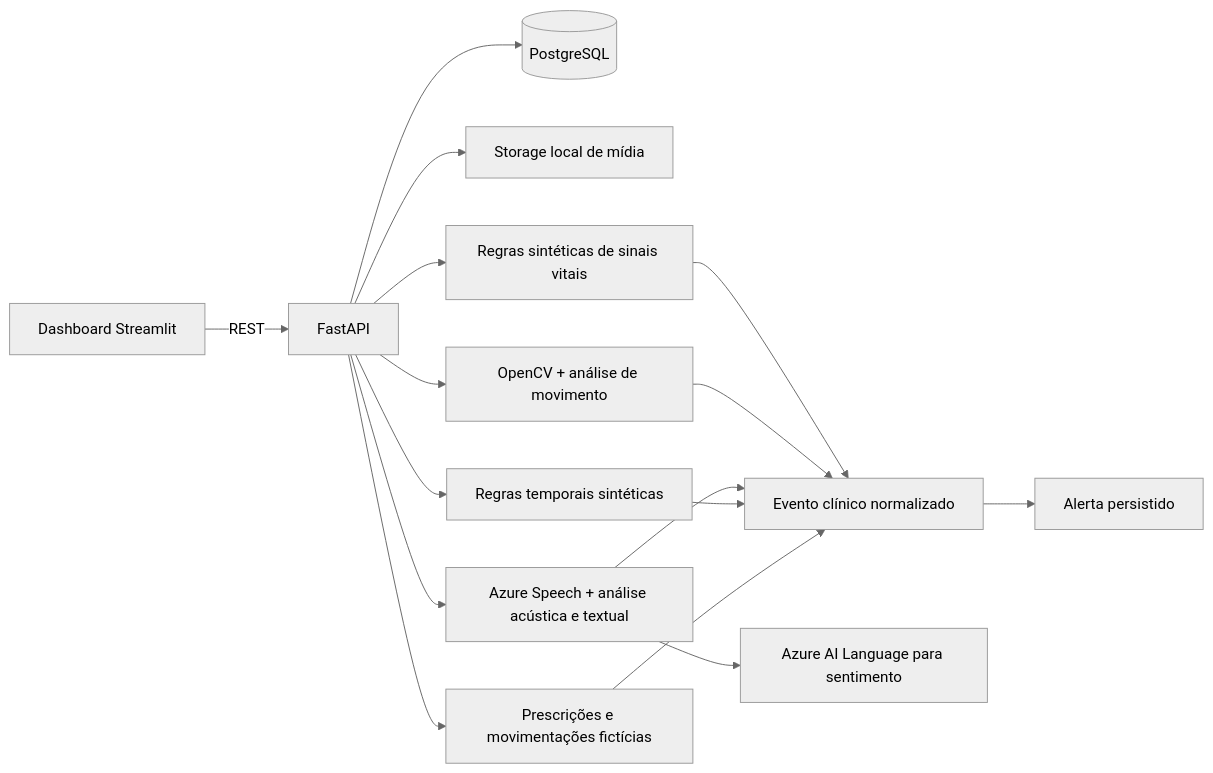
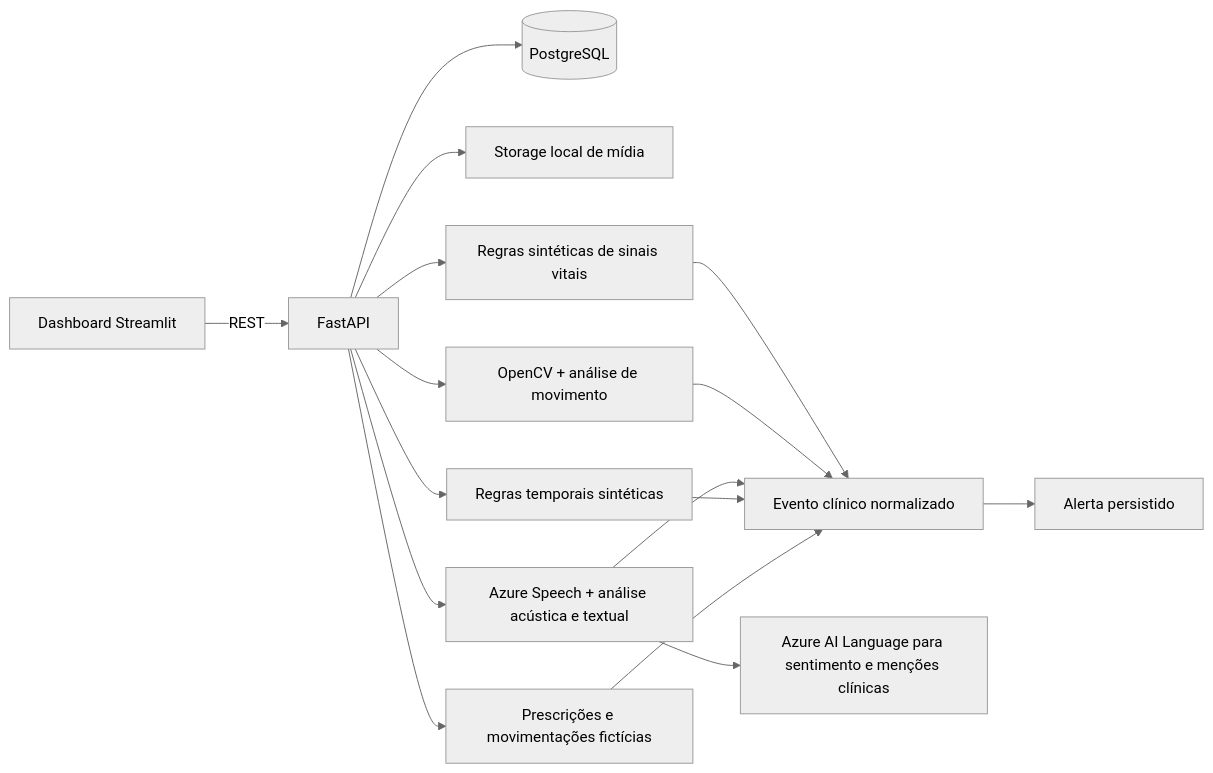
The diagram in README.md (mo1sess/tech-challenge-fiap-fase-4), drawn with Mermaid (neutral theme) before and after one commit. The commit also changed other lines of this file and 11 other files, not shown here.

````diff
--- a/README.md
+++ b/README.md
@@ -34,18 +35,18 @@
 ```mermaid
 flowchart LR
     UI[Dashboard Streamlit] -->|REST| API[FastAPI]
     API --> DB[(PostgreSQL)]
     API --> FS[Storage local de mídia]
     API --> VITAL[Regras sintéticas de sinais vitais]
     VITAL --> EVENT[Evento clínico normalizado]
     EVENT --> ALERT[Alerta persistido]
     API --> VIDEO[OpenCV + análise de movimento]
     VIDEO --> EVENT
     API --> AUDIO[Azure Speech + análise acústica e textual]
     AUDIO --> EVENT
-    AUDIO --> LANGUAGE[Azure AI Language para sentimento]
+    AUDIO --> LANGUAGE[Azure AI Language para sentimento e menções clínicas]
     API --> TEMPORAL[Regras temporais sintéticas]
     API --> OPERATIONS[Prescrições e movimentações fictícias]
     TEMPORAL --> EVENT
     OPERATIONS --> EVENT
 ```
````
